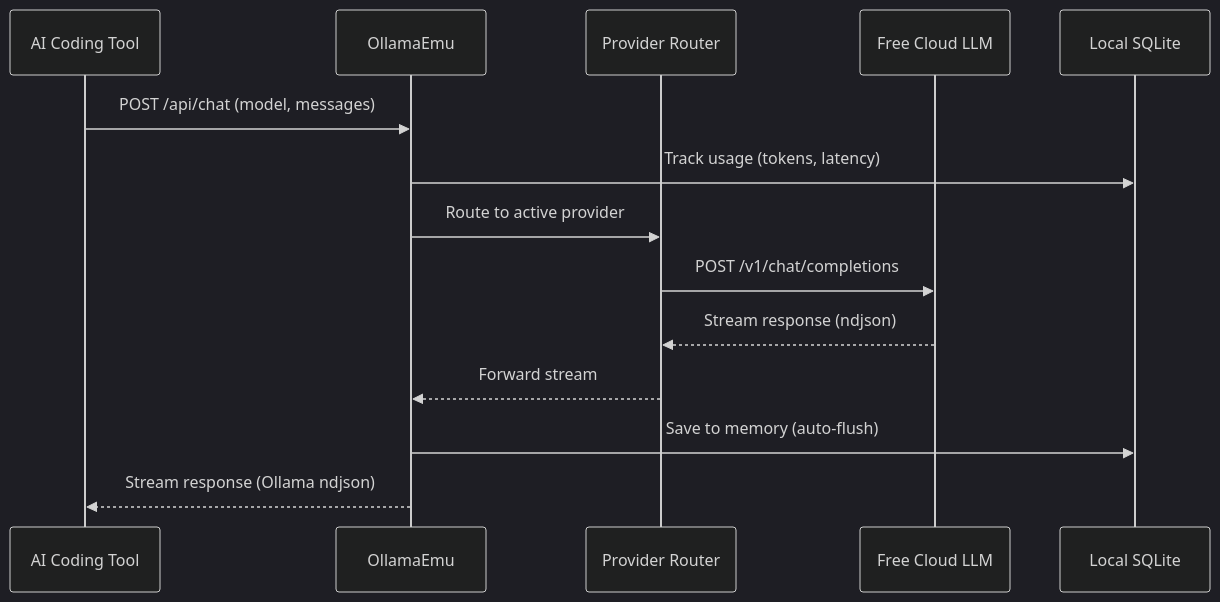
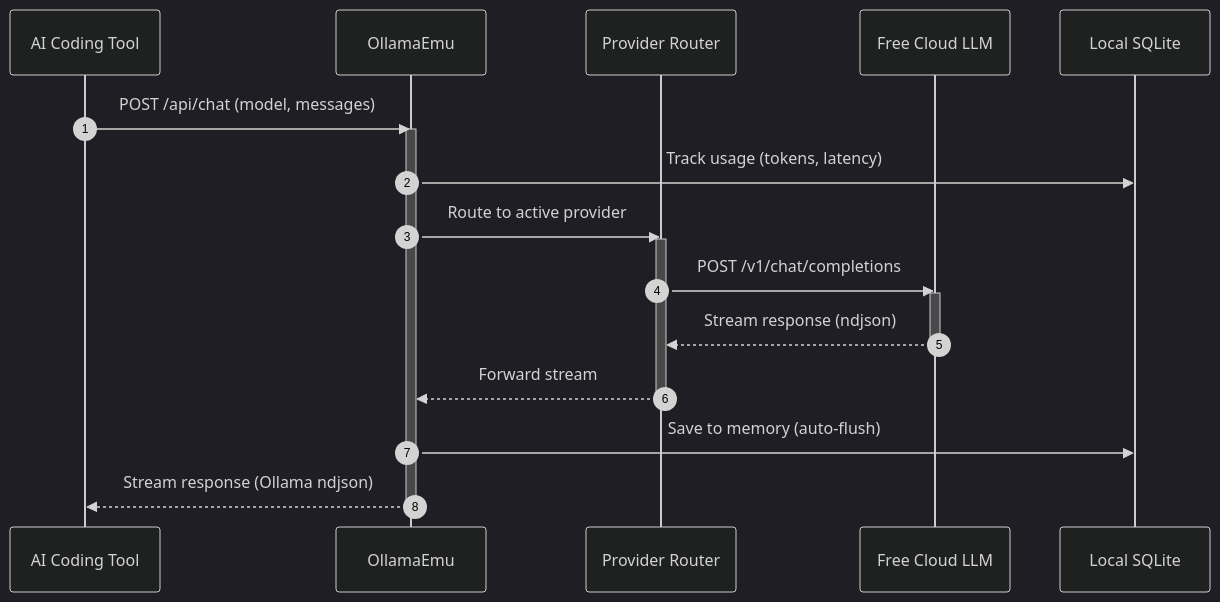
The fifth of 8 diagrams in README.md (rbkhan007/Ollama-Emulator-Desktop-Ultimate), drawn with Mermaid (dark theme) before and after one commit. The commit also changed other lines of this file and 2 other files, not shown here.

Commit message:
docs: professional Mermaid diagrams with consistent styling

````diff
--- a/README.md
+++ b/README.md
@@ -311,17 +356,24 @@
 ```mermaid
 sequenceDiagram
+    autonumber
     participant Tool as AI Coding Tool
     participant Emu as OllamaEmu
     participant Router as Provider Router
     participant Cloud as Free Cloud LLM
     participant DB as Local SQLite
 
     Tool->>Emu: POST /api/chat (model, messages)
+    activate Emu
     Emu->>DB: Track usage (tokens, latency)
     Emu->>Router: Route to active provider
+    activate Router
     Router->>Cloud: POST /v1/chat/completions
+    activate Cloud
     Cloud-->>Router: Stream response (ndjson)
+    deactivate Cloud
     Router-->>Emu: Forward stream
+    deactivate Router
     Emu->>DB: Save to memory (auto-flush)
     Emu-->>Tool: Stream response (Ollama ndjson)
+    deactivate Emu
 ```
````
